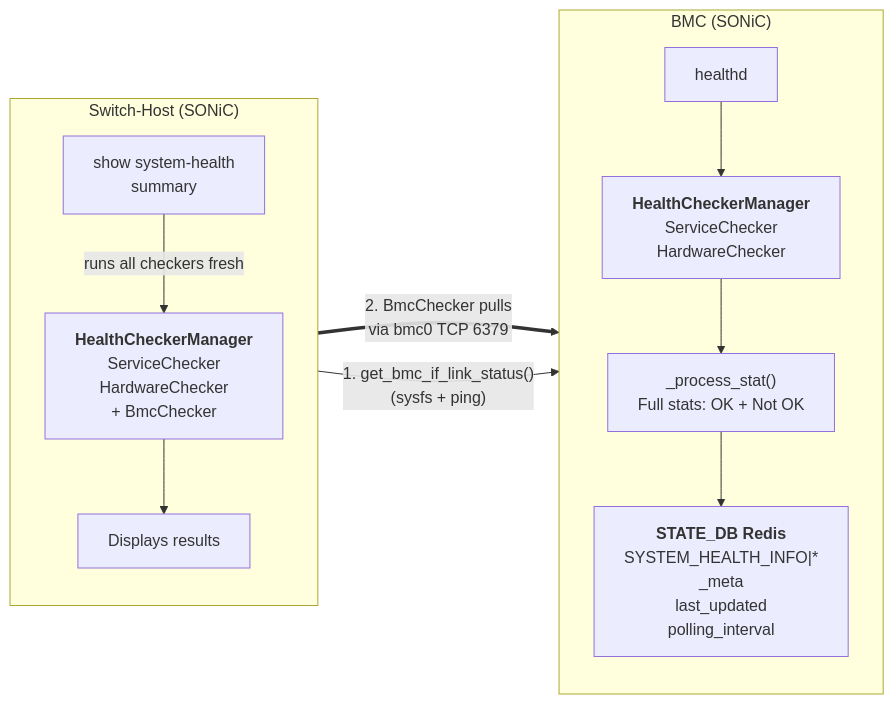
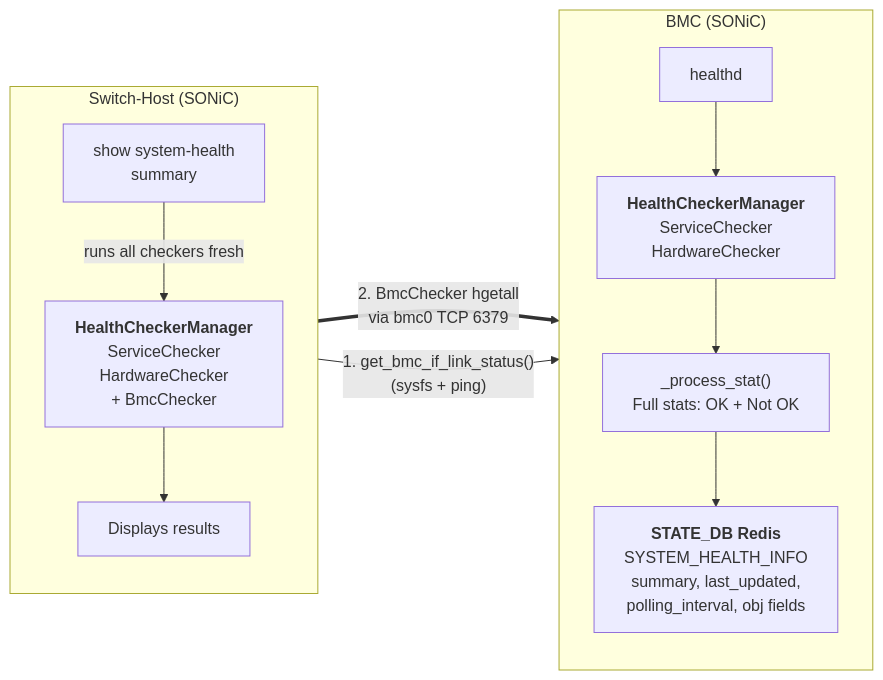
Before and after one commit to sonic-net/SONiC: the diagram in doc/bmc/bmc-health-monitoring-on-switch-host-hld.md, drawn with Mermaid. The commit also changed other lines of this file, not shown here.

First line of the commit message:
Update BMC health Monitoring HLD on SWITCH-HOST

````diff
--- a/doc/bmc/bmc-health-monitoring-on-switch-host-hld.md
+++ b/doc/bmc/bmc-health-monitoring-on-switch-host-hld.md
@@ -125,35 +126,35 @@
 ```mermaid
 graph LR
 
     subgraph SH["Switch-Host (SONiC)"]
         direction TB
 
         S_CLI["show system-health<br/>summary"]
 
         S_checkers["<b>HealthCheckerManager</b><br/>ServiceChecker<br/>HardwareChecker<br/>+ BmcChecker"]
 
         S_result["Displays results"]
 
         S_CLI -->|runs all checkers fresh| S_checkers
         S_checkers --> S_result
     end
 
     subgraph BMC["BMC (SONiC)"]
         direction TB
 
         B_healthd["healthd"]
 
         B_checkers["<b>HealthCheckerManager</b><br/>ServiceChecker<br/>HardwareChecker"]
 
         B_proc["_process_stat()<br/>Full stats: OK + Not OK"]
 
-        B_DB["<b>STATE_DB Redis</b><br/>SYSTEM_HEALTH_INFO|*<br/>_meta<br/>last_updated<br/>polling_interval"]
+        B_DB["<b>STATE_DB Redis</b><br/>SYSTEM_HEALTH_INFO <br/>summary, last_updated,<br/>polling_interval, obj fields"]
 
         B_healthd --> B_checkers
         B_checkers --> B_proc
         B_proc --> B_DB
     end
 
     S_checkers -->|"1. get_bmc_if_link_status()<br/>(sysfs + ping)"| BMC
-    S_checkers ==>|"2. BmcChecker pulls<br/>via bmc0 TCP 6379"| B_DB
+    S_checkers ==>|"2. BmcChecker hgetall<br/>via bmc0 TCP 6379"| B_DB
 ```
````
